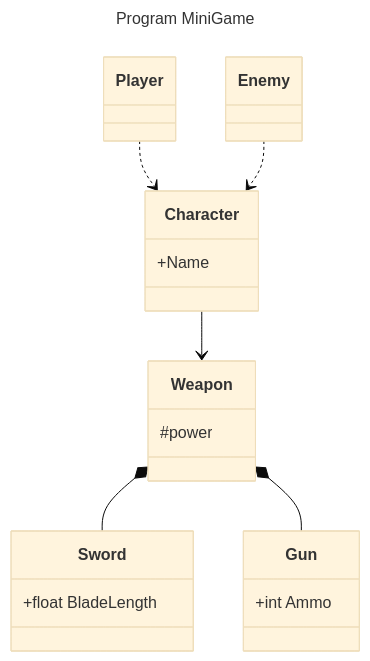
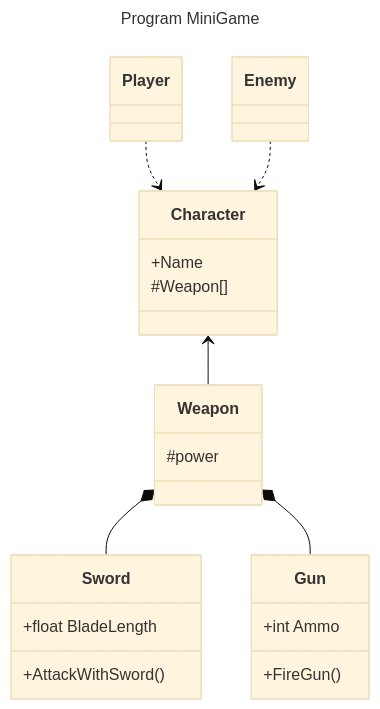
One commit to AhriGuuji/LP1Semana08 changed the diagram in README.md. Above: the diagram before and after it, drawn with Mermaid (base theme). The commit also changed other lines of this file and 10 other files, not shown here.

````diff
--- a/README.md
+++ b/README.md
@@ -1,16 +3,32 @@
 ```mermaid
 ---
 title: Program MiniGame
 ---
 
 classDiagram
-    Character--> Weapon
-    Character:+Name
-    Weapon:#power
-    Player..> Character
-    Enemy..> Character
-    Weapon*-- Sword
-    Weapon*-- Gun
-    Gun: +int Ammo
-    Sword: +float BladeLength
+    class Enemy { }
+
+    class Player { }
+
+    class Character {
+        +Name
+        #Weapon[]
+    }
+
+    class Sword {
+    +float BladeLength
+    +AttackWithSword()
+    }
+
+    class Gun {
+    +int Ammo
+    +FireGun()
+    }
+
+    Character <-- Weapon
+    Weapon: #power
+    Player ..> Character
+    Enemy ..> Character
+    Weapon *-- Sword
+    Weapon *-- Gun
 ```
````
